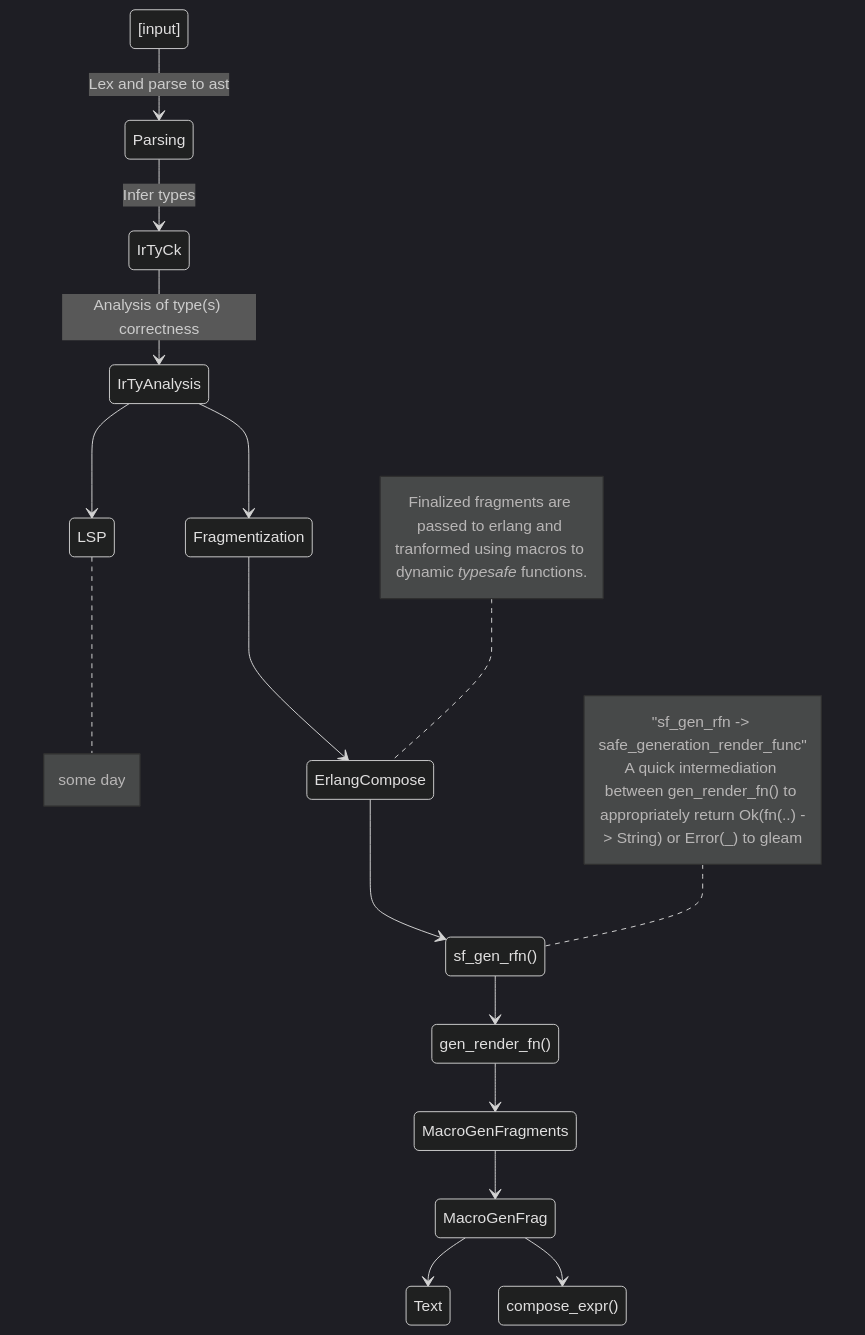
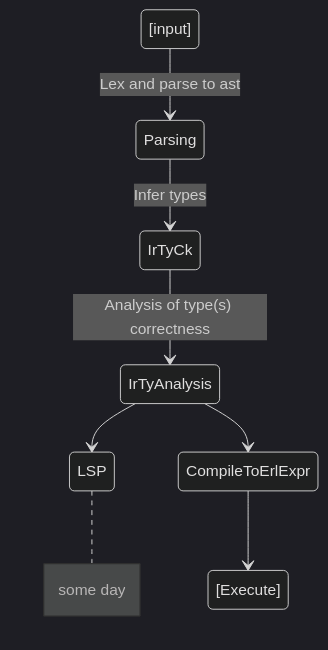
Before and after one commit to Wilbert-mad/gleam_templating: the diagram in README.md, drawn with Mermaid (dark theme). The commit also changed 11 other files, not shown here.

````diff
--- a/README.md
+++ b/README.md
@@ -19,26 +19,28 @@
 ```mermaid
 stateDiagram-v2
     [input] --> Parsing: Lex and parse to ast
     Parsing --> IrTyCk: Infer types
     IrTyCk --> IrTyAnalysis: Analysis of type(s) correctness
     IrTyAnalysis --> LSP
     note right of LSP
       some day
     end note
 
-    IrTyAnalysis --> Fragmentization
-    Fragmentization --> ErlangCompose
-    note left of ErlangCompose
-      Finalized fragments are passed to erlang and tranformed using macros to dynamic *typesafe* functions.
-    end note
-    ErlangCompose --> sf_gen_rfn()
-    note left of sf_gen_rfn()
-      "sf_gen_rfn -> safe_generation_render_func"
-      A quick intermediation between gen_render_fn() to appropriately return Ok(fn(..) -> String) or Error(_) to gleam
-    end note
-    sf_gen_rfn() --> gen_render_fn()
-    gen_render_fn() --> MacroGenFragments
-    MacroGenFragments --> MacroGenFrag
-    MacroGenFrag --> Text
-    MacroGenFrag --> compose_expr()
+    IrTyAnalysis --> CompileToErlExpr
+    CompileToErlExpr --> [Execute]
+    %% IrTyAnalysis --> Fragmentization
+    %% Fragmentization --> ErlangCompose
+    %% note left of ErlangCompose
+    %%   Finalized fragments are passed to erlang and tranformed using macros to dynamic *typesafe* functions.
+    %% end note
+    %% ErlangCompose --> sf_gen_rfn()
+    %% note left of sf_gen_rfn()
+    %%   "sf_gen_rfn -> safe_generation_render_func"
+    %%   A quick intermediation between gen_render_fn() to appropriately return Ok(fn(..) -> String) or Error(_) to gleam
+    %% end note
+    %% sf_gen_rfn() --> gen_render_fn()
+    %% gen_render_fn() --> MacroGenFragments
+    %% MacroGenFragments --> MacroGenFrag
+    %% MacroGenFrag --> Text
+    %% MacroGenFrag --> compose_expr()
 ```
````
